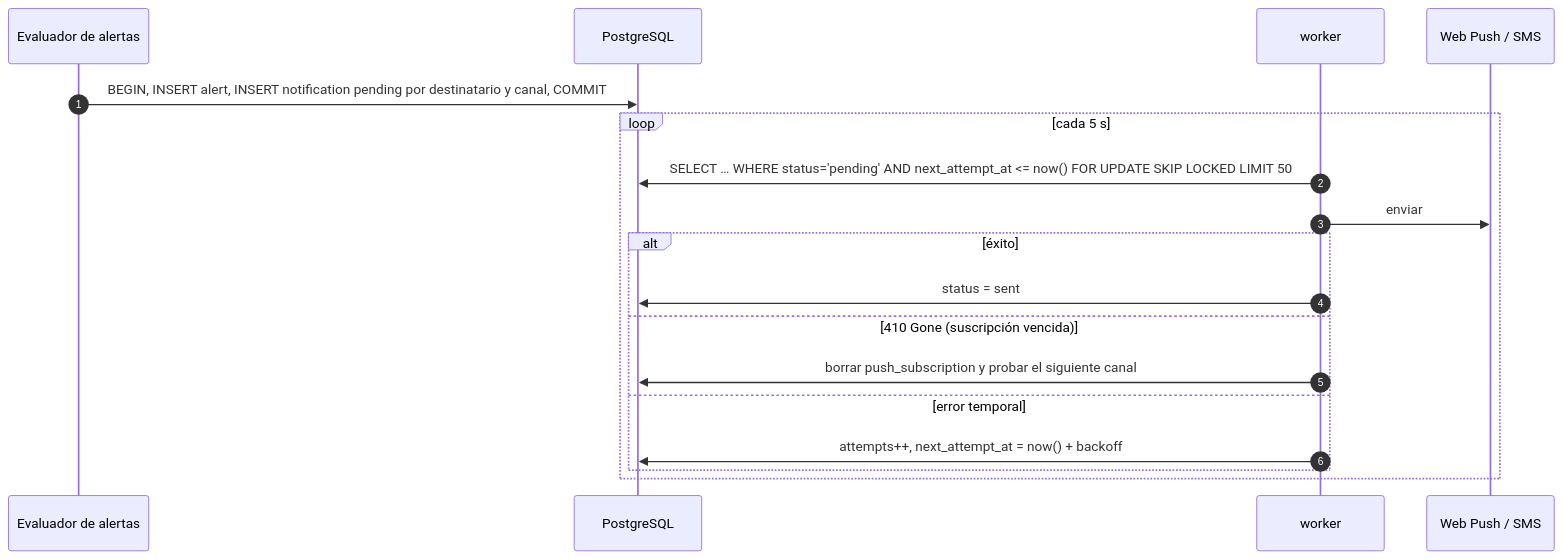
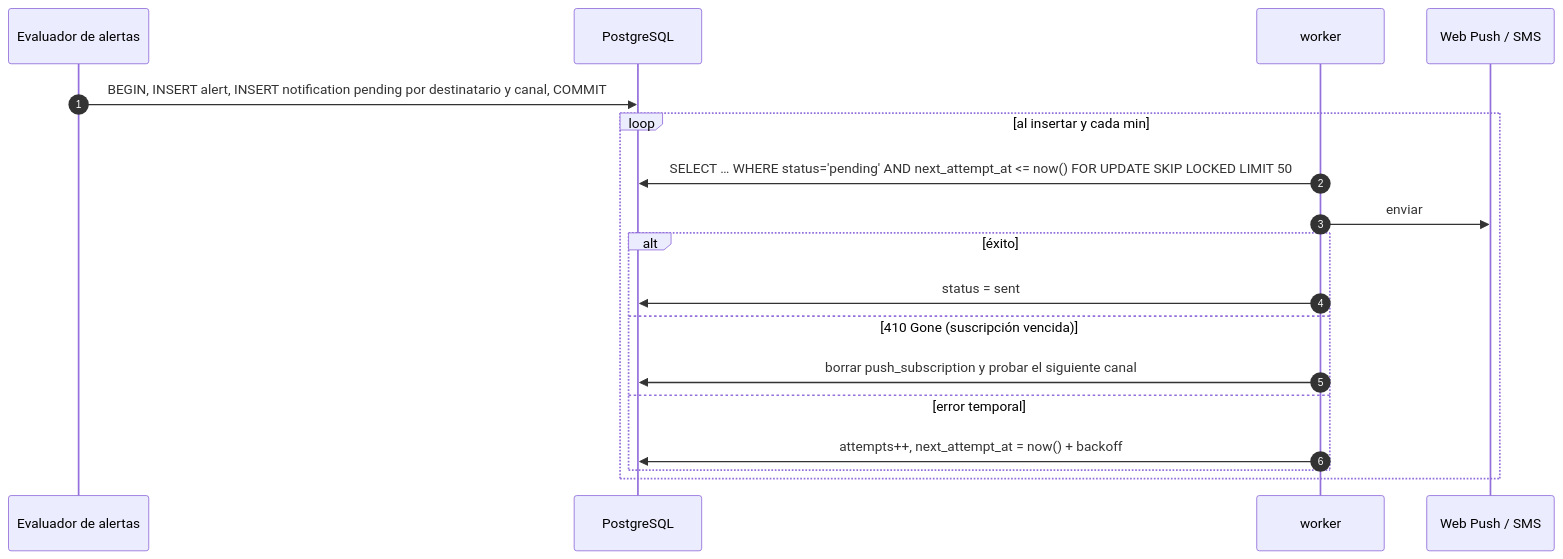
The fourth of 9 diagrams in docs/06-diseno-detallado.md (jab16jy/techcamp-v2), drawn with Mermaid before and after one commit. The commit also changed other lines of this file and 18 other files, not shown here.

````diff
--- a/docs/06-diseno-detallado.md
+++ b/docs/06-diseno-detallado.md
@@ -140,21 +140,21 @@
 ```mermaid
 sequenceDiagram
   autonumber
   participant E as Evaluador de alertas
   participant DB as PostgreSQL
   participant W as worker
   participant P as Web Push / SMS
 
   E->>DB: BEGIN, INSERT alert, INSERT notification pending por destinatario y canal, COMMIT
-  loop cada 5 s
+  loop al insertar y cada min
     W->>DB: SELECT … WHERE status='pending' AND next_attempt_at <= now() FOR UPDATE SKIP LOCKED LIMIT 50
     W->>P: enviar
     alt éxito
       W->>DB: status = sent
     else 410 Gone (suscripción vencida)
       W->>DB: borrar push_subscription y probar el siguiente canal
     else error temporal
       W->>DB: attempts++, next_attempt_at = now() + backoff
     end
   end
 ```
````
